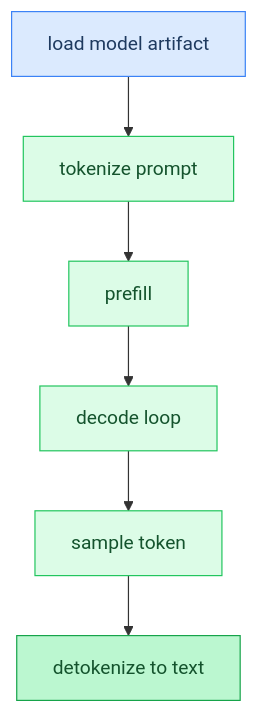
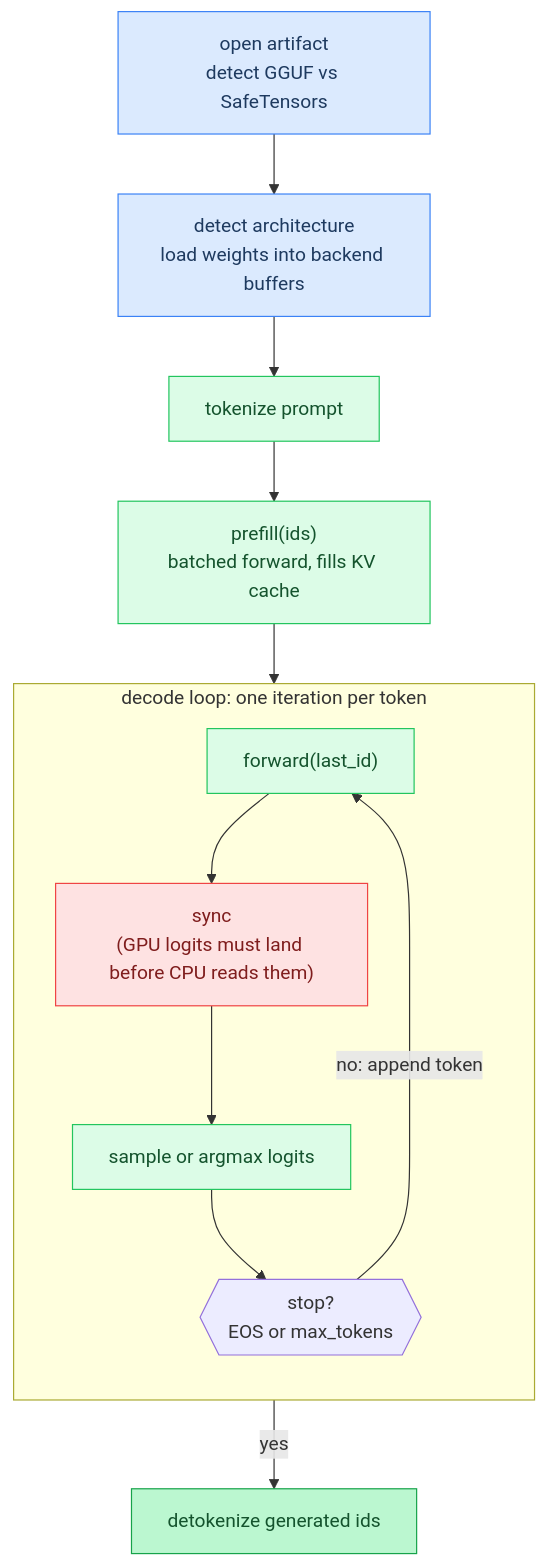
One commit to maci0/agave changed the diagram in docs/tutorial/00-getting-started.md. Above: the diagram before and after it, drawn with Mermaid. The commit also changed other lines of this file, not shown here.

````diff
--- a/docs/tutorial/00-getting-started.md
+++ b/docs/tutorial/00-getting-started.md
@@ -11,12 +62,24 @@
 ```mermaid
 flowchart TD
   classDef setup fill:#dbeafe,stroke:#3b82f6,color:#1e3a5f
   classDef sync fill:#dcfce7,stroke:#22c55e,color:#14532d
+  classDef danger fill:#fee2e2,stroke:#ef4444,color:#7f1d1d
   classDef success fill:#bbf7d0,stroke:#16a34a,color:#14532d
 
-  Load["load model artifact"]:::setup --> Tok["tokenize prompt"]:::sync
-  Tok --> Prefill["prefill"]:::sync
-  Prefill --> Decode["decode loop"]:::sync
-  Decode --> Sample["sample token"]:::sync
-  Sample --> Text["detokenize to text"]:::success
+  Open["open artifact\ndetect GGUF vs SafeTensors"]:::setup --> Construct["detect architecture\nload weights into backend buffers"]:::setup
+  Construct --> Tok["tokenize prompt"]:::sync
+  Tok --> Prefill["prefill(ids)\nbatched forward, fills KV cache"]:::sync
+
+  subgraph DecodeLoop["decode loop: one iteration per token"]
+    direction TB
+    Fwd["forward(last_id)"]:::sync
+    Sync["sync\n(GPU logits must land before CPU reads them)"]:::danger
+    Sample["sample or argmax logits"]:::sync
+    Check{{"stop?\nEOS or max_tokens"}}
+    Fwd --> Sync --> Sample --> Check
+    Check -->|"no: append token"| Fwd
+  end
+
+  Prefill --> DecodeLoop
+  Check -->|"yes"| Text["detokenize generated ids"]:::success
 ```
````
